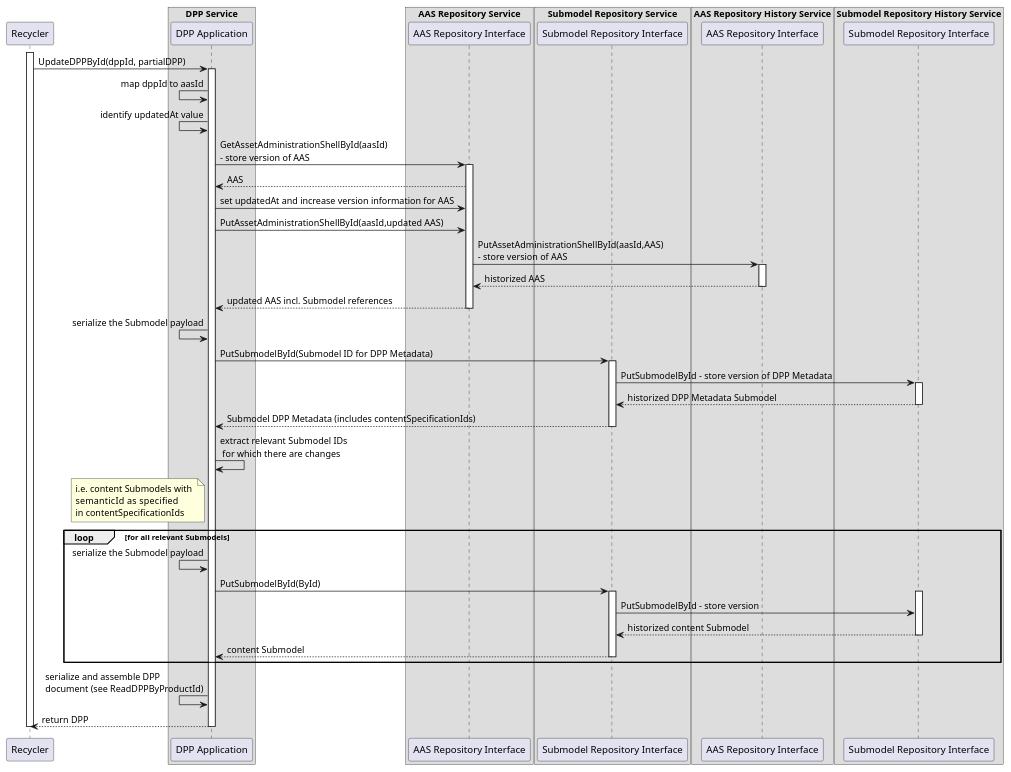
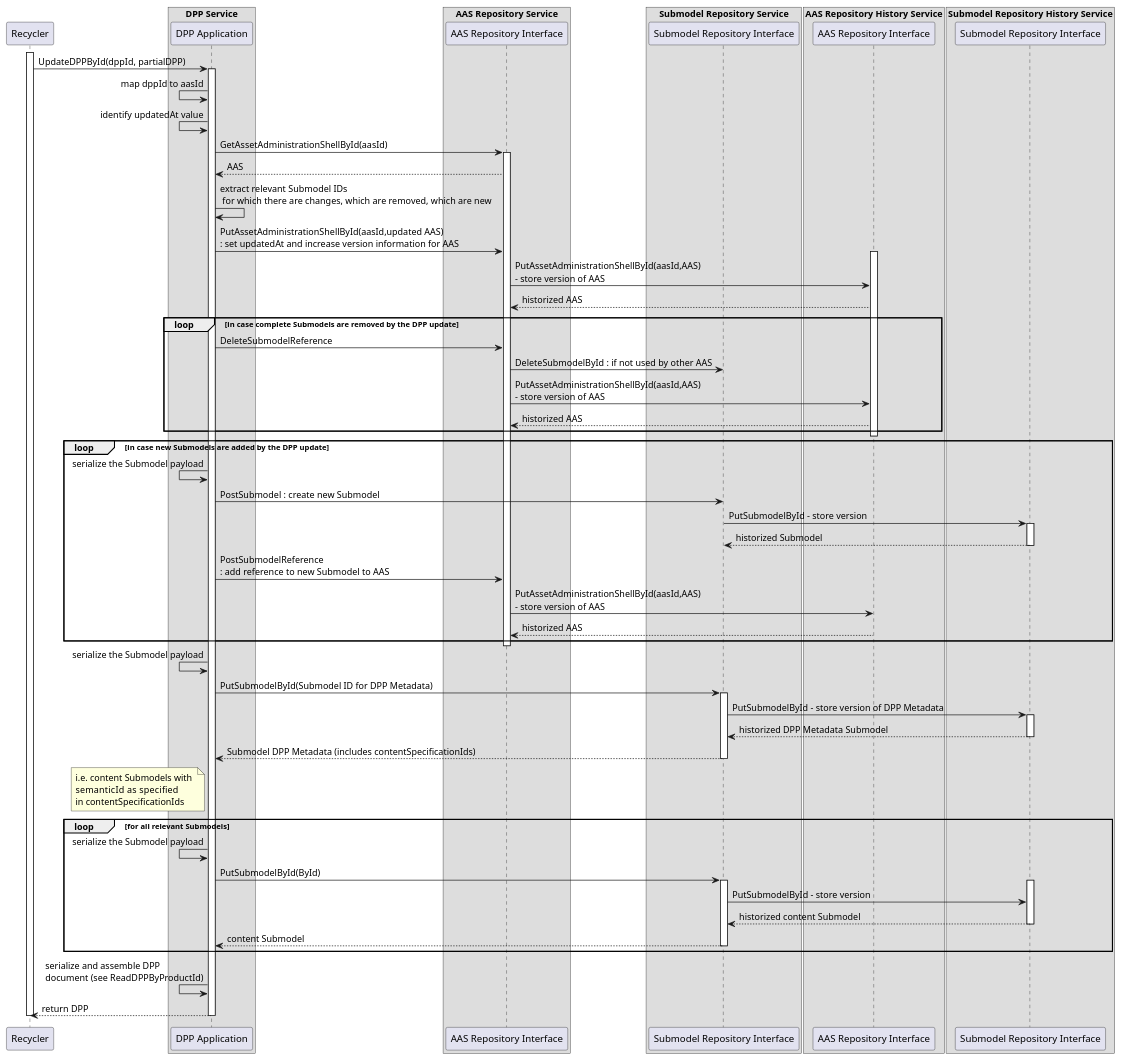
Before and after one commit to admin-shell-io/aas-specs-api: the diagram in documentation/IDTA-01002-3/modules/ROOT/partials/diagrams/seq-dpp-update-repo-history.puml, drawn with PlantUML. The commit also changed 1 other file, not shown here.

Commit message:
update diagram for updating DPP: new Submodels and removed Submodels now considered

```diff
--- a/documentation/IDTA-01002-3/modules/ROOT/partials/diagrams/seq-dpp-update-repo-history.puml
+++ b/documentation/IDTA-01002-3/modules/ROOT/partials/diagrams/seq-dpp-update-repo-history.puml
@@ -1,88 +1,102 @@
 @startuml
 
 participant DPPClient as "Recycler"
 
 box "DPP Service"
 participant Client as "DPP Application"
 end box
 
 
 
 
 box "AAS Repository Service"
   participant AASService as "AAS Repository Interface"
 end box
 
 box "Submodel Repository Service"
   participant SMService as "Submodel Repository Interface"
 end box
 
 box "AAS Repository History Service"
   participant AASHistoryService as "AAS Repository Interface"
 end box
 
 box "Submodel Repository History Service"
   participant SMHistoryService as "Submodel Repository Interface"
 end box
 
 activate DPPClient
 DPPClient -> Client : UpdateDPPById(dppId, partialDPP)
 
 activate Client
 Client <- Client : map dppId to aasId
 Client <- Client : identify updatedAt value
 
-Client -> AASService : GetAssetAdministrationShellById(aasId) \n- store version of AAS
+Client -> AASService : GetAssetAdministrationShellById(aasId) 
 activate AASService
 Client <-- AASService :  AAS
-Client -> AASService : set updatedAt and increase version information for AAS
-Client -> AASService :PutAssetAdministrationShellById(aasId,updated AAS)
+Client -> Client : extract relevant Submodel IDs\n for which there are changes, which are removed, which are new
+Client -> AASService :PutAssetAdministrationShellById(aasId,updated AAS) \n: set updatedAt and increase version information for AAS
+activate AASHistoryService
+AASService -> AASHistoryService : PutAssetAdministrationShellById(aasId,AAS) \n- store version of AAS
+AASService <-- AASHistoryService : historized AAS
 
+loop in case complete Submodels are removed by the DPP update
+Client -> AASService: DeleteSubmodelReference
+AASService -> SMService: DeleteSubmodelById : if not used by other AAS
+AASService -> AASHistoryService : PutAssetAdministrationShellById(aasId,AAS) \n- store version of AAS
+AASService <-- AASHistoryService : historized AAS
+end
+deactivate AASHistoryService
 
+loop in case new Submodels are added by the DPP update
+Client <- Client : serialize the Submodel payload
+Client  -> SMService: PostSubmodel : create new Submodel
+SMService -> SMHistoryService : PutSubmodelById - store version 
+activate SMHistoryService
+SMService <-- SMHistoryService : historized Submodel
+deactivate SMHistoryService
+Client -> AASService: PostSubmodelReference \n: add reference to new Submodel to AAS
+AASService -> AASHistoryService : PutAssetAdministrationShellById(aasId,AAS) \n- store version of AAS
+AASService <-- AASHistoryService : historized AAS
+end
 
-
-AASService -> AASHistoryService : PutAssetAdministrationShellById(aasId,AAS) \n- store version of AAS
-activate AASHistoryService
-AASService <-- AASHistoryService : historized AAS
-deactivate AASHistoryService
-Client <-- AASService : updated AAS incl. Submodel references
 deactivate AASService
 Client <- Client : serialize the Submodel payload
 Client -> SMService : PutSubmodelById(Submodel ID for DPP Metadata)
 activate SMService
 
 SMService -> SMHistoryService : PutSubmodelById - store version of DPP Metadata
 activate SMHistoryService
 SMService <-- SMHistoryService : historized DPP Metadata Submodel
 
 deactivate SMHistoryService
 Client <-- SMService : Submodel DPP Metadata (includes contentSpecificationIds) 
 deactivate SMService
-Client -> Client : extract relevant Submodel IDs\n for which there are changes
 
 
 note left of Client
   i.e. content Submodels with 
   semanticId   as specified 
   in contentSpecificationIds
 end note
 
 loop for all relevant Submodels
 Client <- Client : serialize the Submodel payload
 Client -> SMService :PutSubmodelById(ById)
 activate SMService
 
 activate SMHistoryService
 SMService -> SMHistoryService : PutSubmodelById - store version
 SMService <-- SMHistoryService : historized content Submodel
 deactivate SMHistoryService
 Client <-- SMService : content Submodel
 deactivate SMService
 end
 
 Client <- Client : serialize and assemble DPP \ndocument (see ReadDPPByProductId)
 DPPClient <-- Client : return DPP
 deactivate Client
 deactivate DPPClient
 
 @enduml
```
